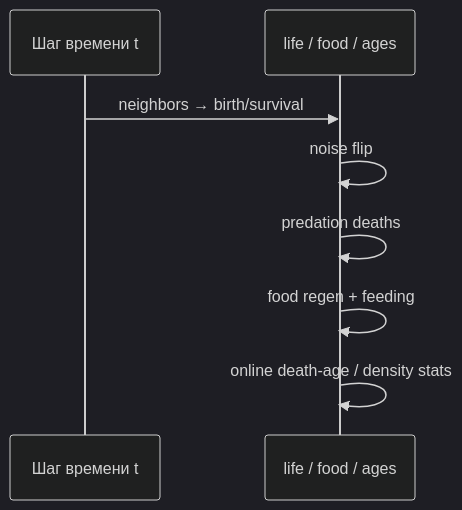
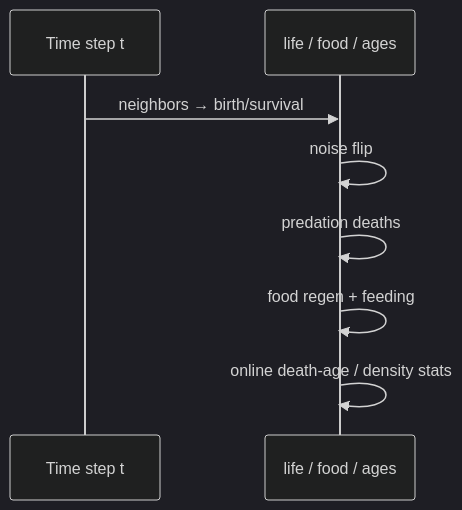
The fifth of 8 diagrams in docs/WORLDSPACE.md (Starovoitov/LifeManifold), drawn with Mermaid (dark theme) before and after one commit. The commit also changed other lines of this file and 4 other files, not shown here.

````diff
--- a/docs/WORLDSPACE.md
+++ b/docs/WORLDSPACE.md
@@ -243,10 +242,10 @@
 ```mermaid
 sequenceDiagram
-  participant T as Шаг времени t
+  participant T as Time step t
   participant L as life / food / ages
   T->>L: neighbors → birth/survival
   L->>L: noise flip
   L->>L: predation deaths
   L->>L: food regen + feeding
   L->>L: online death-age / density stats
 ```
````
